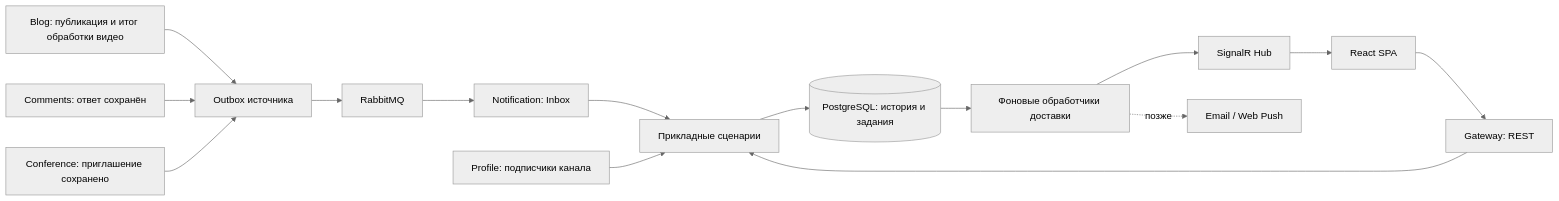
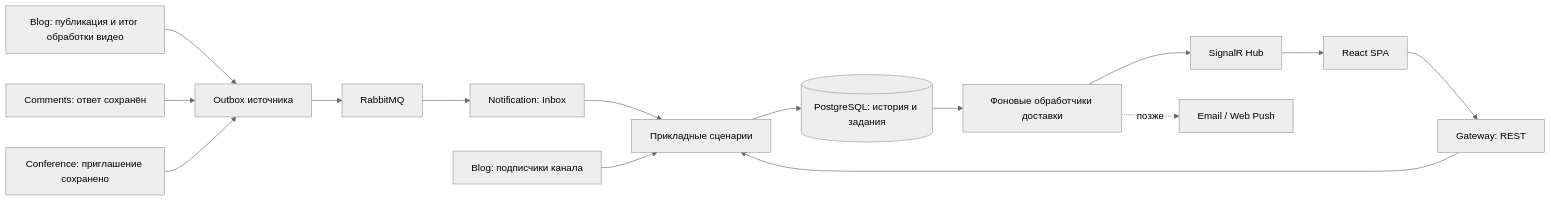
Before and after one commit to Wanderer76/PersonBlog: the diagram in NotificationService/IMPLEMENTATION_PROPOSAL.md, drawn with Mermaid (neutral theme). The commit also changed other lines of this file and 41 other files, not shown here.

````diff
--- a/NotificationService/IMPLEMENTATION_PROPOSAL.md
+++ b/NotificationService/IMPLEMENTATION_PROPOSAL.md
@@ -50,17 +52,17 @@
 ```mermaid
 flowchart LR
     B[Blog: публикация и итог обработки видео] --> O[Outbox источника]
     C[Comments: ответ сохранён] --> O
     F[Conference: приглашение сохранено] --> O
     O --> R[RabbitMQ]
     R --> I[Notification: Inbox]
     I --> A[Прикладные сценарии]
     A --> D[(PostgreSQL: история и задания)]
-    P[Profile: подписчики канала] --> A
+    S[Blog: подписчики канала] --> A
     D --> W[Фоновые обработчики доставки]
     W --> H[SignalR Hub]
     W -. позже .-> E[Email / Web Push]
     UI[React SPA] --> G[Gateway: REST]
     G --> A
     H --> UI
 ```
````
